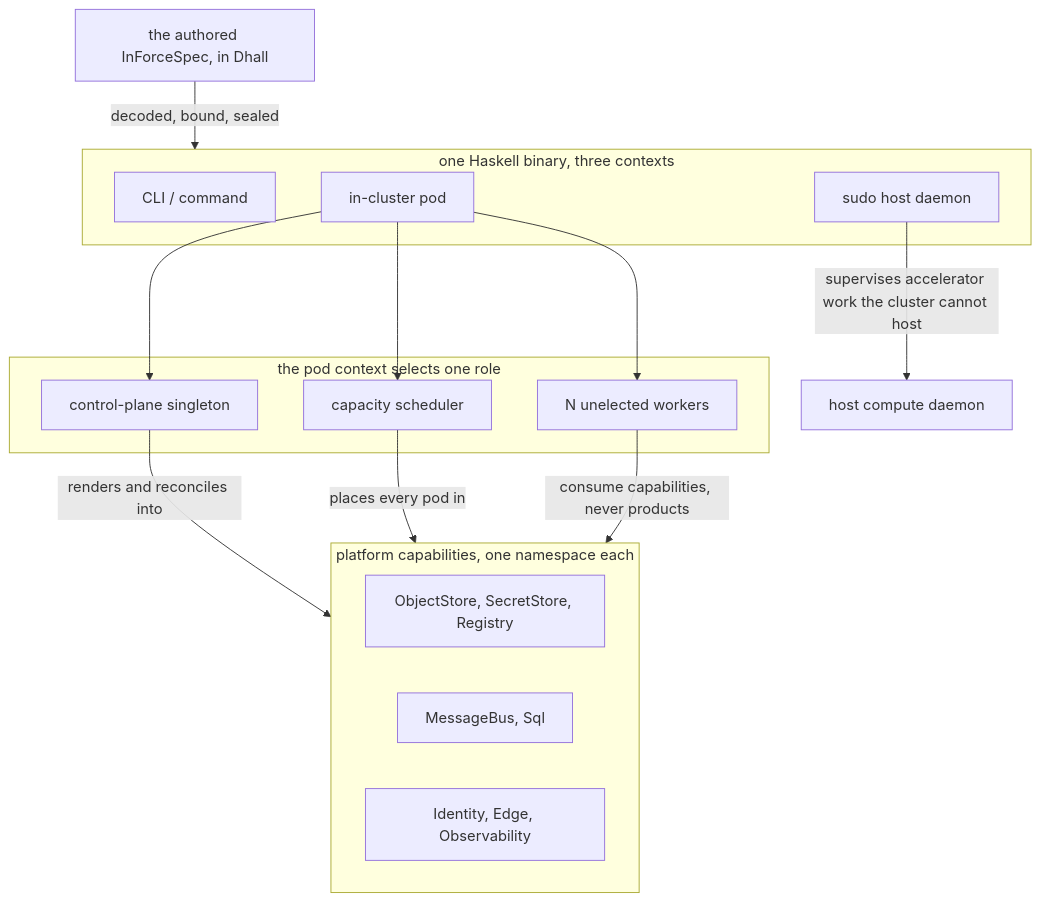
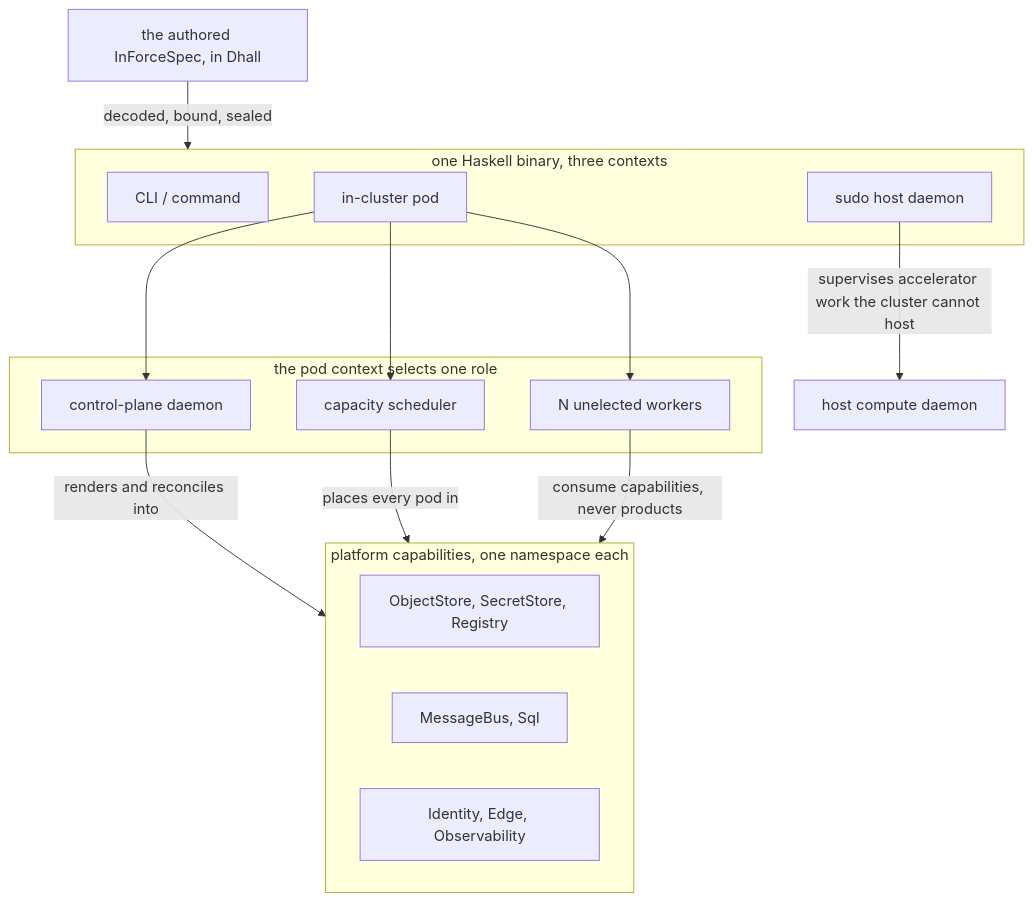
Before and after one commit to Tuee22/amoebius: the diagram in DEVELOPMENT_PLAN/system_components.md, drawn with Mermaid. The commit also changed other lines of this file and 1233 other files, not shown here.

````diff
--- a/DEVELOPMENT_PLAN/system_components.md
+++ b/DEVELOPMENT_PLAN/system_components.md
@@ -129,28 +128,28 @@
 ```mermaid
 flowchart TD
   %% register: orientation
   dhall["the authored InForceSpec, in Dhall"]
   subgraph bin["one Haskell binary, three contexts"]
     cli["CLI / command"]
     host["sudo host daemon"]
     pod["in-cluster pod"]
   end
   subgraph roles["the pod context selects one role"]
-    cp["control-plane singleton"]
+    cp["control-plane daemon"]
     sch["capacity scheduler"]
     wrk["N unelected workers"]
   end
   subgraph plat["platform capabilities, one namespace each"]
     store["ObjectStore, SecretStore, Registry"]
     bus["MessageBus, Sql"]
     edge["Identity, Edge, Observability"]
   end
   dhall -->|"decoded, bound, sealed"| bin
   pod --> cp
   pod --> sch
   pod --> wrk
   cp -->|"renders and reconciles into"| plat
   sch -->|"places every pod in"| plat
   host -->|"supervises accelerator work the cluster cannot host"| hw["host compute daemon"]
   wrk -->|"consume capabilities, never products"| plat
 ```
````
